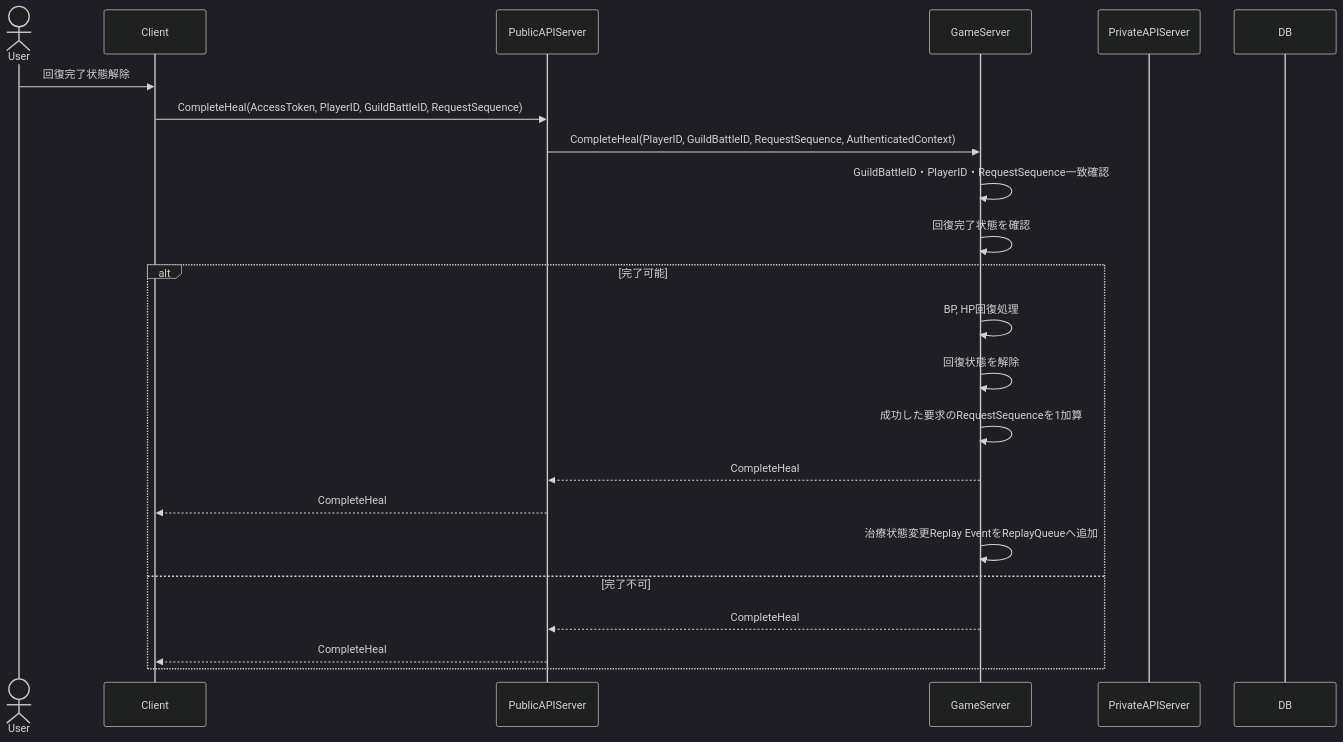
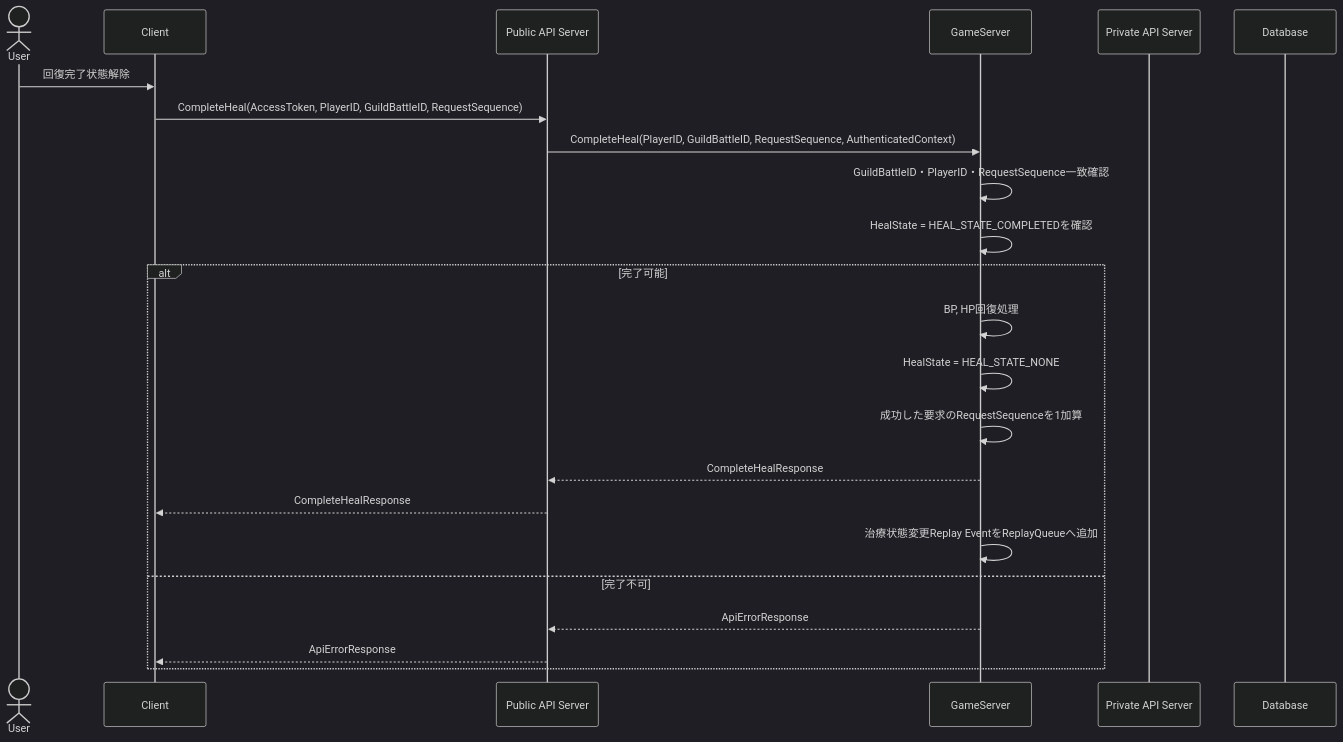
Before and after one commit to ReHydrangeaOdyssey/Specifications: the ninth of 13 diagrams in design/server/guild_battle.md, drawn with Mermaid (dark theme). The commit also changed other lines of this file and 12 other files, not shown here.

Commit message:
図などの名称の統一

````diff
--- a/design/server/guild_battle.md
+++ b/design/server/guild_battle.md
@@ -478,29 +478,29 @@
 ```mermaid
 sequenceDiagram
     actor User
     participant Client
-    participant PublicAPIServer
+    participant PublicAPIServer as Public API Server
     participant GameServer
-    participant PrivateAPIServer
-    participant DB
+    participant PrivateAPIServer as Private API Server
+    participant Database
 
     User->>Client: 回復完了状態解除
     Client->>PublicAPIServer: CompleteHeal(AccessToken, PlayerID, GuildBattleID, RequestSequence)
     PublicAPIServer->>GameServer: CompleteHeal(PlayerID, GuildBattleID, RequestSequence, AuthenticatedContext)
 
     GameServer->>GameServer: GuildBattleID・PlayerID・RequestSequence一致確認
-    GameServer->>GameServer: 回復完了状態を確認
+    GameServer->>GameServer: HealState = HEAL_STATE_COMPLETEDを確認
 
     alt 完了可能
         GameServer->>GameServer: BP, HP回復処理
-        GameServer->>GameServer: 回復状態を解除
+        GameServer->>GameServer: HealState = HEAL_STATE_NONE
         GameServer->>GameServer: 成功した要求のRequestSequenceを1加算
-        GameServer-->>PublicAPIServer: CompleteHeal 
-        PublicAPIServer-->>Client: CompleteHeal
+        GameServer-->>PublicAPIServer: CompleteHealResponse
+        PublicAPIServer-->>Client: CompleteHealResponse
 
         GameServer ->> GameServer: 治療状態変更Replay EventをReplayQueueへ追加
     else 完了不可
-        GameServer-->>PublicAPIServer: CompleteHeal
-        PublicAPIServer-->>Client: CompleteHeal
+        GameServer-->>PublicAPIServer: ApiErrorResponse
+        PublicAPIServer-->>Client: ApiErrorResponse
     end
 ```
````
